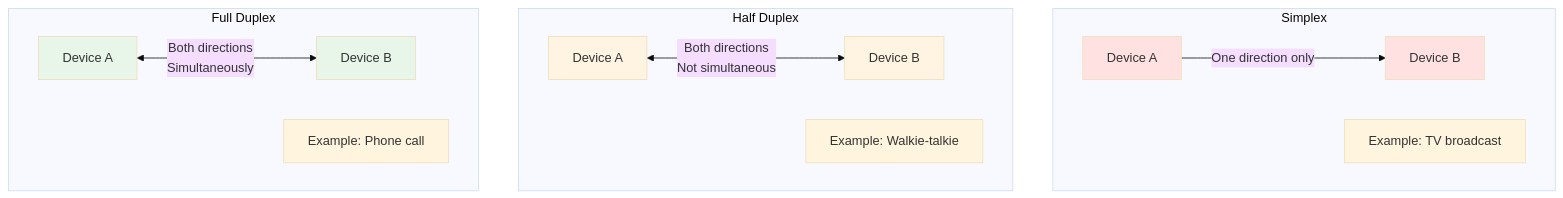
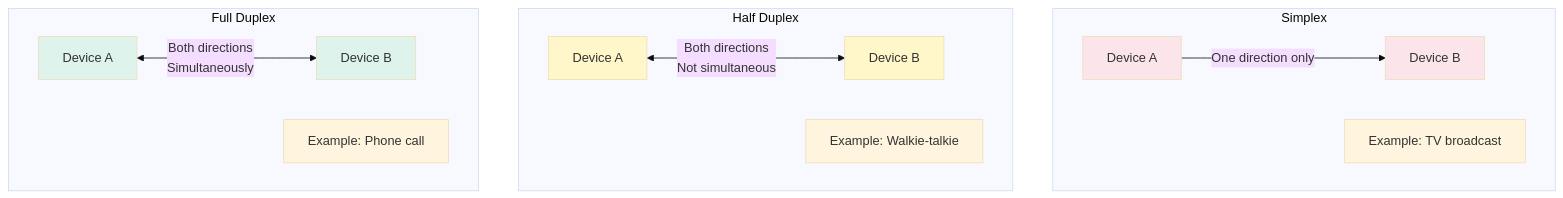
One commit to cartmancodes/InterviewVault changed diagram 20 of 31 in LLD/CoreConcepts/Networking.md. Above: the diagram before and after it, drawn with Mermaid (base theme). The commit also changed other lines of this file and 679 other files, not shown here.

Commit message:
Unify content diagrams and add accessible visual walkthroughs

````diff
--- a/LLD/CoreConcepts/Networking.md
+++ b/LLD/CoreConcepts/Networking.md
@@ -869,24 +869,24 @@
 ```mermaid
 graph TB
     subgraph "Simplex"
         A1[Device A] -->|One direction only| B1[Device B]
         EX1[Example: TV broadcast]
     end
     
     subgraph "Half Duplex"
         A2[Device A] <-->|Both directions<br/>Not simultaneous| B2[Device B]
         EX2[Example: Walkie-talkie]
     end
     
     subgraph "Full Duplex"
         A3[Device A] <-->|Both directions<br/>Simultaneously| B3[Device B]
         EX3[Example: Phone call]
     end
     
-    style A1 fill:#ffe1e1
-    style B1 fill:#ffe1e1
-    style A2 fill:#fff4e1
-    style B2 fill:#fff4e1
-    style A3 fill:#e8f5e9
-    style B3 fill:#e8f5e9
+    style A1 fill:#FCE5EA
+    style B1 fill:#FCE5EA
+    style A2 fill:#FFF6C9
+    style B2 fill:#FFF6C9
+    style A3 fill:#DDF3EC
+    style B3 fill:#DDF3EC
 ```
````
